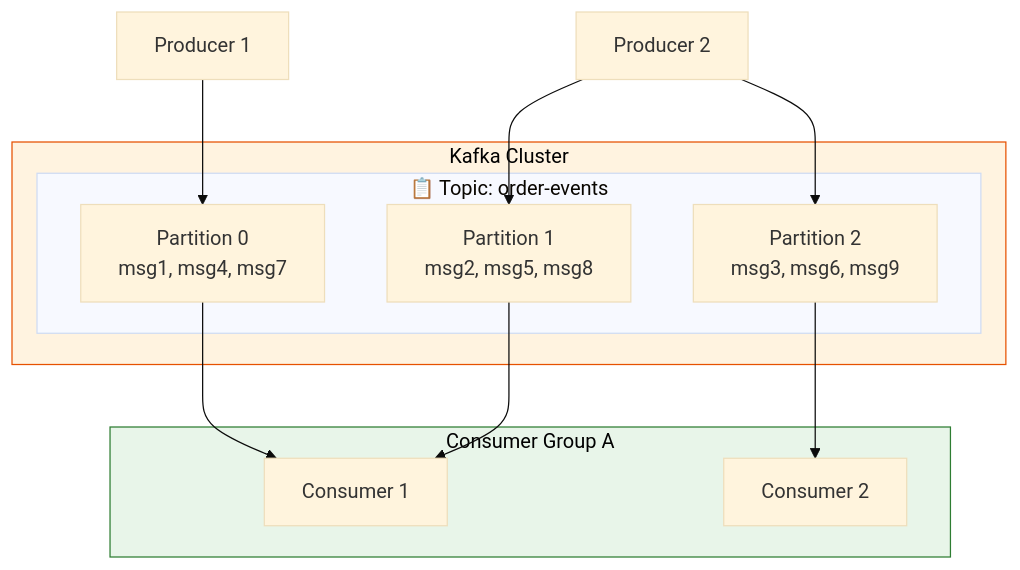
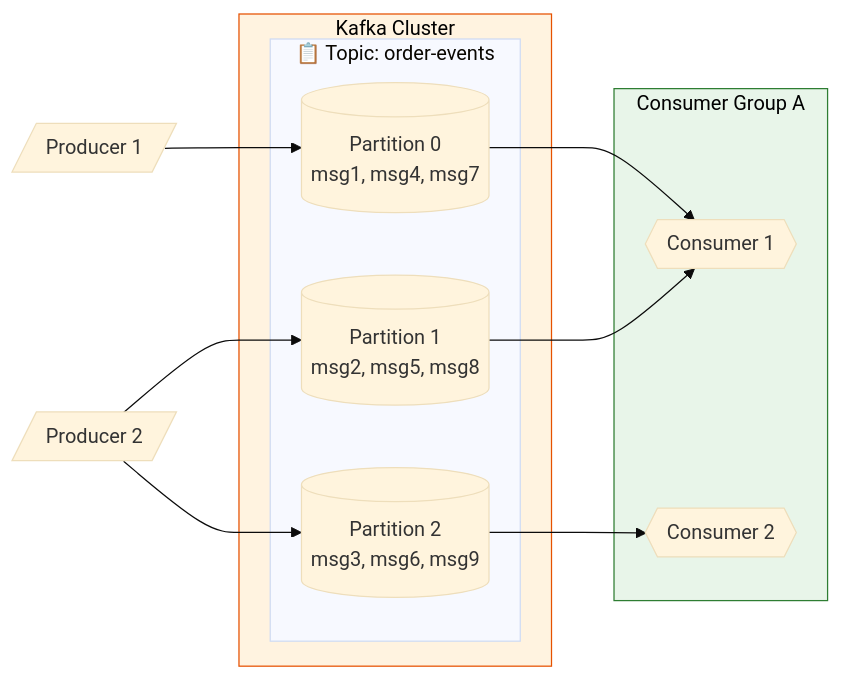
One commit to saivamsikaruturi/vamsilabs-dev-notes-main changed the third of 3 diagrams in docs/microservices/AsyncCommunicationUsingKafka.md. Above: the diagram before and after it, drawn with Mermaid (base theme). The commit also changed other lines of this file and 146 other files, not shown here.

Commit message:
Horizontal diagrams, UML class diagrams, typography overhaul, and permalink cleanup

````diff
--- a/docs/microservices/AsyncCommunicationUsingKafka.md
+++ b/docs/microservices/AsyncCommunicationUsingKafka.md
@@ -56,26 +56,26 @@
 ```mermaid
-flowchart TD
+flowchart LR
     subgraph Cluster["Kafka Cluster"]
         subgraph Topic["📋 Topic: order-events"]
-            P0["Partition 0<br/>msg1, msg4, msg7"]
-            P1["Partition 1<br/>msg2, msg5, msg8"]
-            P2["Partition 2<br/>msg3, msg6, msg9"]
+            P0[("Partition 0<br/>msg1, msg4, msg7")]
+            P1[("Partition 1<br/>msg2, msg5, msg8")]
+            P2[("Partition 2<br/>msg3, msg6, msg9")]
         end
     end
     
-    Prod1["Producer 1"] --> P0
-    Prod2["Producer 2"] --> P1
+    Prod1[/"Producer 1"/] --> P0
+    Prod2[/"Producer 2"/] --> P1
     Prod2 --> P2
     
     subgraph CG["Consumer Group A"]
-        C1["Consumer 1"] 
-        C2["Consumer 2"]
+        C1{{"Consumer 1"}} 
+        C2{{"Consumer 2"}}
     end
     
     P0 --> C1
     P1 --> C1
     P2 --> C2
 
     style Cluster fill:#FFF3E0,stroke:#E65100,color:#000
     style CG fill:#E8F5E9,stroke:#2E7D32,color:#000
 ```
````
